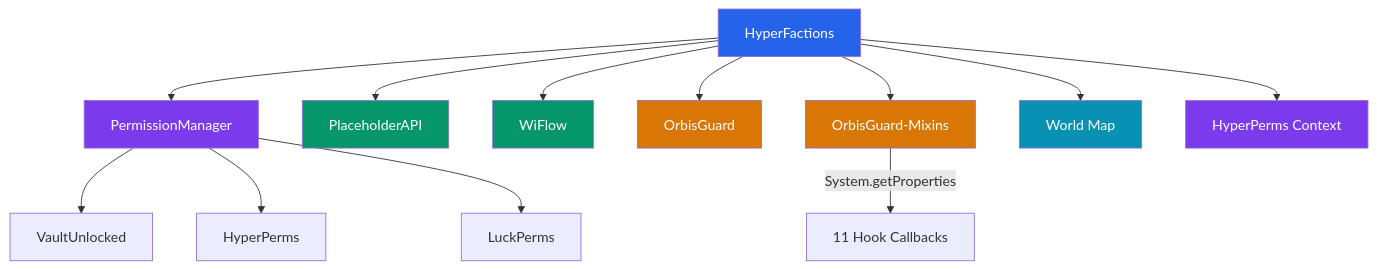
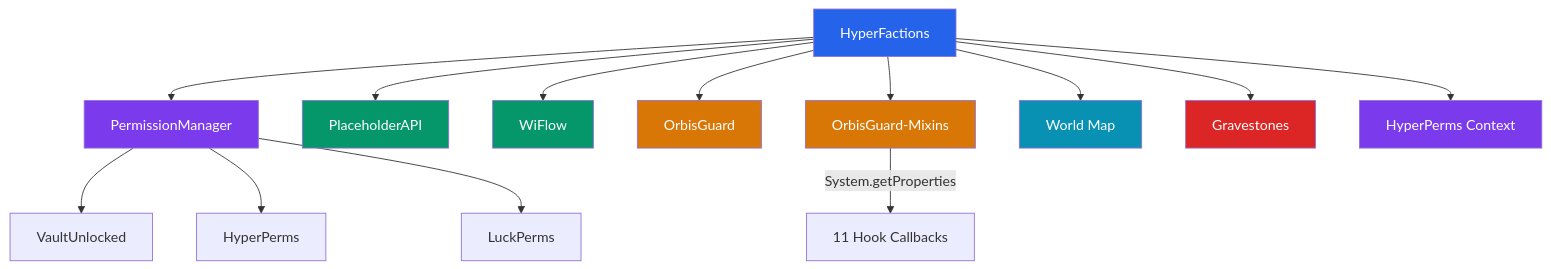
Before and after one commit to HyperSystemsDev/HyperFactions: the first of 2 diagrams in docs/integrations.md, drawn with Mermaid. The commit also changed other lines of this file and 20 other files, not shown here.

````diff
--- a/docs/integrations.md
+++ b/docs/integrations.md
@@ -24,25 +25,27 @@
 ```mermaid
 graph TD
     HF[HyperFactions] --> PM[PermissionManager]
     HF --> PAPI[PlaceholderAPI]
     HF --> WF[WiFlow]
     HF --> OG[OrbisGuard]
     HF --> OGM[OrbisGuard-Mixins]
     HF --> WM[World Map]
+    HF --> GS[Gravestones]
     HF --> HP[HyperPerms Context]
 
     PM --> VU[VaultUnlocked]
     PM --> HPP[HyperPerms]
     PM --> LP[LuckPerms]
 
     OGM -->|System.getProperties| Hooks[11 Hook Callbacks]
 
     style HF fill:#2563eb,color:#fff
     style PM fill:#7c3aed,color:#fff
     style PAPI fill:#059669,color:#fff
     style WF fill:#059669,color:#fff
     style OG fill:#d97706,color:#fff
     style OGM fill:#d97706,color:#fff
     style WM fill:#0891b2,color:#fff
+    style GS fill:#dc2626,color:#fff
     style HP fill:#7c3aed,color:#fff
 ```
````
